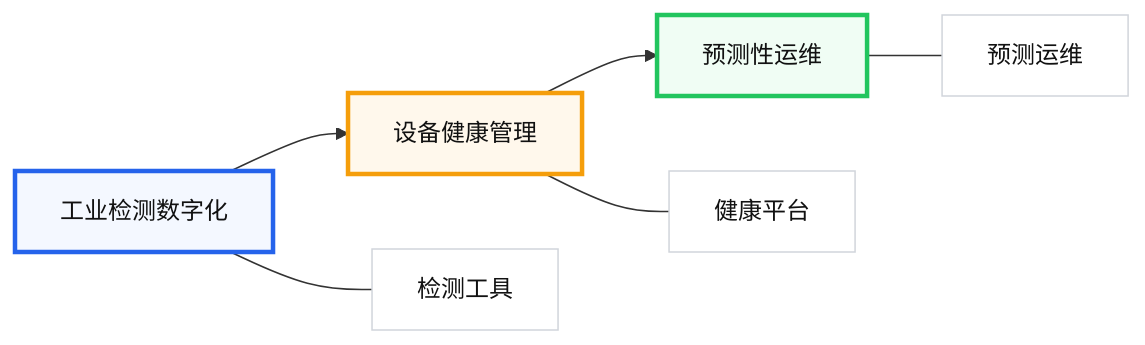
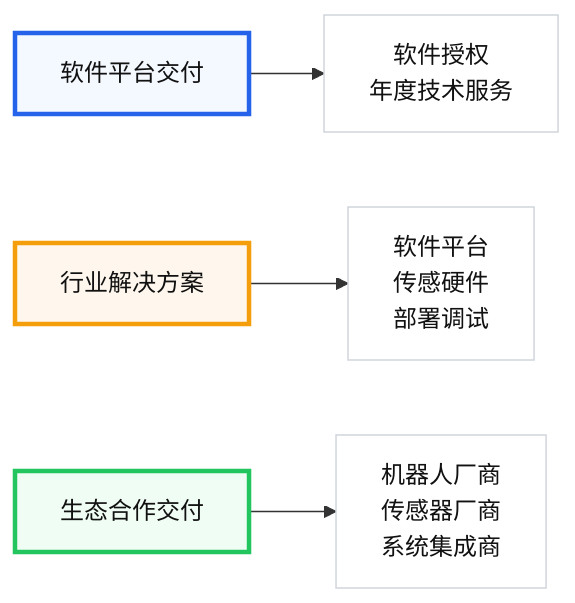
One commit to LGS91/iodraw-files changed the diagram in all/未命名.md. Above: the diagram before and after it, drawn with Mermaid.

Commit message:
2026-07-07 11:24:50 update

````diff
--- a/all/未命名.md
+++ b/all/未命名.md
@@ -1,25 +1,21 @@
 ```mermaid
 flowchart LR
 
-A["工业检测数字化"]
-B["设备健康管理"]
-C["预测性运维"]
+A["软件平台交付"]
+B["行业解决方案"]
+C["生态合作交付"]
 
-A --> B --> C
+A --> D["软件授权<br/>年度技术服务"]
 
-T1["检测工具"]
-T2["健康平台"]
-T3["预测运维"]
+B --> E["软件平台<br/>传感硬件<br/>部署调试"]
 
-A --- T1
-B --- T2
-C --- T3
+C --> F["机器人厂商<br/>传感器厂商<br/>系统集成商"]
 
 style A fill:#F4F8FF,stroke:#2563EB,stroke-width:3px,color:#111111
-style B fill:#FFF8EC,stroke:#F59E0B,stroke-width:3px,color:#111111
+style B fill:#FFF7ED,stroke:#F59E0B,stroke-width:3px,color:#111111
 style C fill:#F0FDF4,stroke:#22C55E,stroke-width:3px,color:#111111
 
-style T1 fill:#FFFFFF,stroke:#D1D5DB,color:#111111
-style T2 fill:#FFFFFF,stroke:#D1D5DB,color:#111111
-style T3 fill:#FFFFFF,stroke:#D1D5DB,color:#111111
+style D fill:#FFFFFF,stroke:#D1D5DB,color:#111111
+style E fill:#FFFFFF,stroke:#D1D5DB,color:#111111
+style F fill:#FFFFFF,stroke:#D1D5DB,color:#111111
 ```
````
